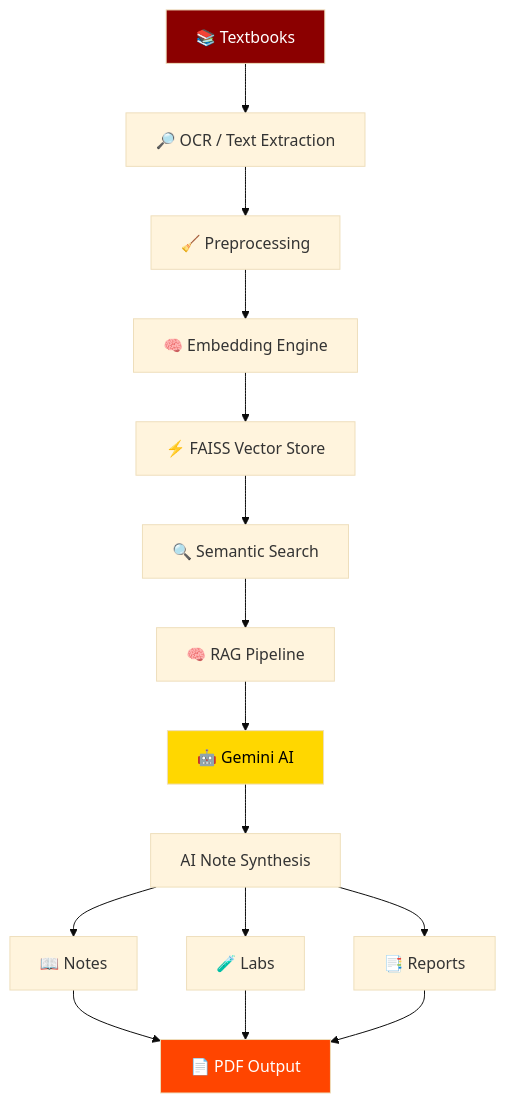
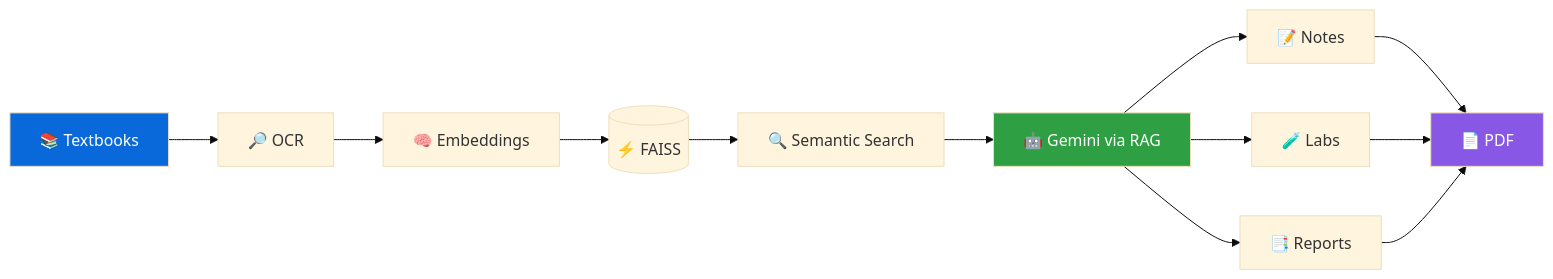
The diagram in README.md (swayamx/swayamx), drawn with Mermaid (base theme) before and after one commit. The commit also changed other lines of this file, not shown here.

````diff
--- a/README.md
+++ b/README.md
@@ -184,21 +80,16 @@
 ```mermaid
-flowchart TD
-    A[📚 Textbooks] --> B[🔎 OCR / Text Extraction]
-    B --> C[🧹 Preprocessing]
-    C --> D[🧠 Embedding Engine]
-    D --> E[⚡ FAISS Vector Store]
-    E --> F[🔍 Semantic Search]
-    F --> G[🧠 RAG Pipeline]
-    G --> H[🤖 Gemini AI]
-    H --> I[AI Note Synthesis]
-    I --> J[📖 Notes]
-    I --> K[🧪 Labs]
-    I --> L[📑 Reports]
-    J --> M[📄 PDF Output]
-    K --> M
-    L --> M
+flowchart LR
+    A[📚 Textbooks] --> B[🔎 OCR]
+    B --> C[🧠 Embeddings]
+    C --> D[(⚡ FAISS)]
+    D --> E[🔍 Semantic Search]
+    E --> F[🤖 Gemini via RAG]
+    F --> G[📝 Notes]
+    F --> H[🧪 Labs]
+    F --> I[📑 Reports]
+    G & H & I --> J[📄 PDF]
 
-    style A fill:#8B0000,color:#fff
-    style H fill:#FFD700,color:#000
-    style M fill:#FF4500,color:#fff
+    style A fill:#0969DA,color:#fff
+    style F fill:#2EA043,color:#fff
+    style J fill:#8957E5,color:#fff
 ```
````
